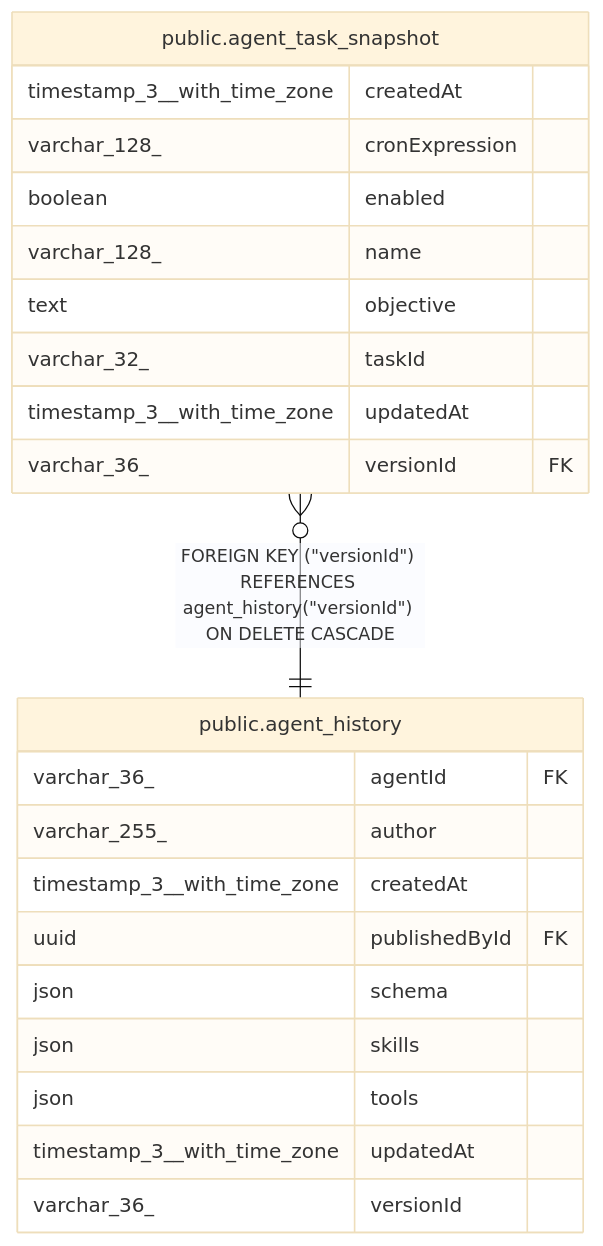
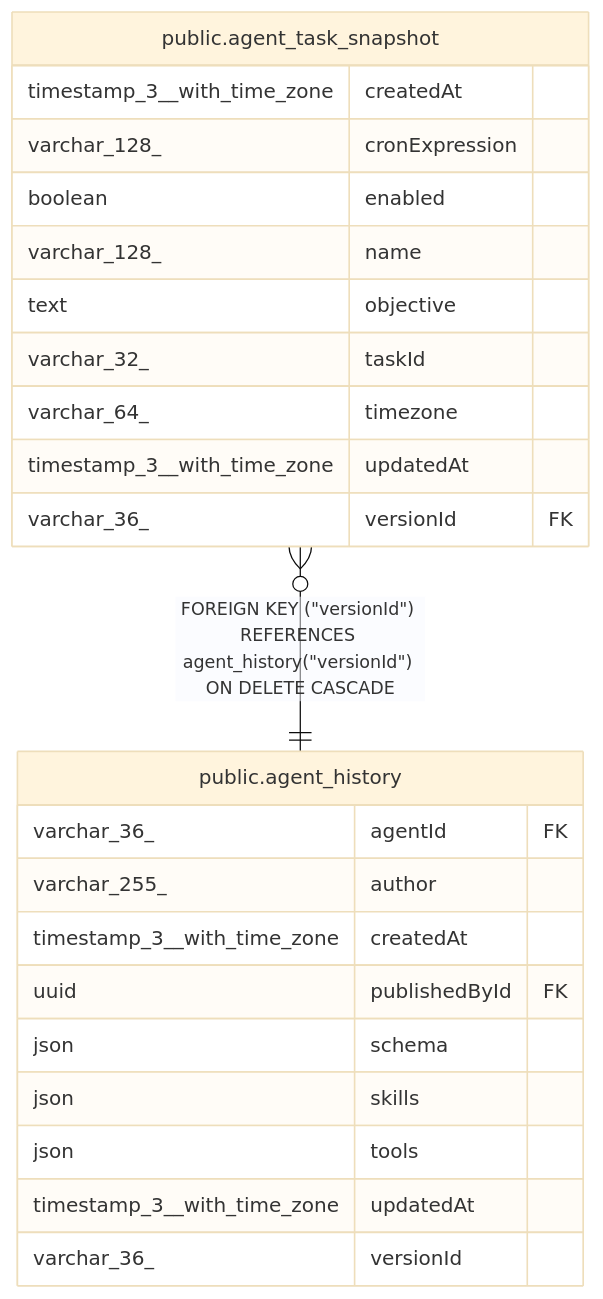
The diagram in mcp/servers/n8n/docs/generated/postgres-schema/public.agent_task_snapshot.md (welcomelwd/every-skill), drawn with Mermaid (base theme) before and after one commit. The commit also changed other lines of this file and 8770 other files, not shown here.

````diff
--- a/mcp/servers/n8n/docs/generated/postgres-schema/public.agent_task_snapshot.md
+++ b/mcp/servers/n8n/docs/generated/postgres-schema/public.agent_task_snapshot.md
@@ -39,27 +40,28 @@
 ```mermaid
 erDiagram
 
 "public.agent_task_snapshot" }o--|| "public.agent_history" : "FOREIGN KEY (#quot;versionId#quot;) REFERENCES agent_history(#quot;versionId#quot;) ON DELETE CASCADE"
 
 "public.agent_task_snapshot" {
   timestamp_3__with_time_zone createdAt
   varchar_128_ cronExpression
   boolean enabled
   varchar_128_ name
   text objective
   varchar_32_ taskId
+  varchar_64_ timezone
   timestamp_3__with_time_zone updatedAt
   varchar_36_ versionId FK
 }
 "public.agent_history" {
   varchar_36_ agentId FK
   varchar_255_ author
   timestamp_3__with_time_zone createdAt
   uuid publishedById FK
   json schema
   json skills
   json tools
   timestamp_3__with_time_zone updatedAt
   varchar_36_ versionId
 }
 ```
````
